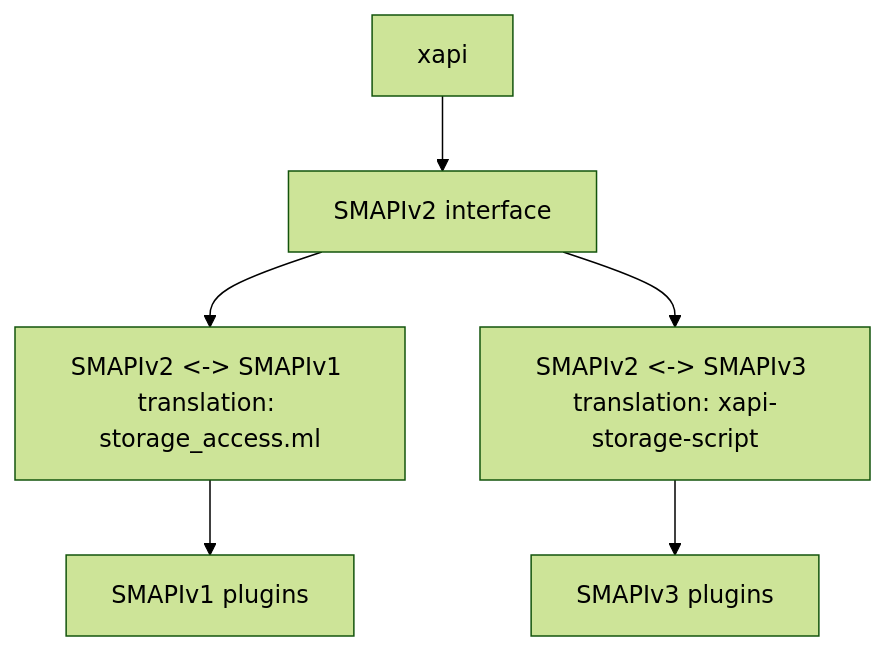
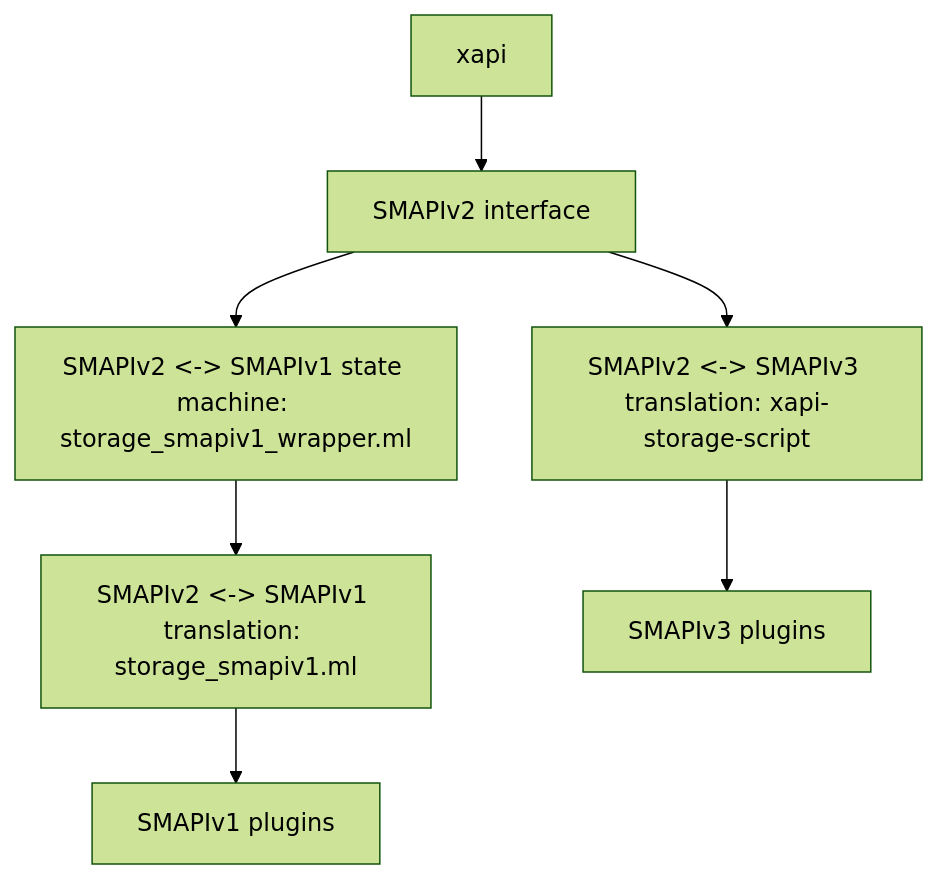
Before and after one commit to xapi-project/xen-api: the first of 5 diagrams in doc/content/xapi/storage/_index.md, drawn with Mermaid (forest theme). The commit also changed other lines of this file, not shown here.

First line of the commit message:
doc: xapi storage layer update to latest code

````diff
--- a/doc/content/xapi/storage/_index.md
+++ b/doc/content/xapi/storage/_index.md
@@ -23,8 +23,9 @@
 ```mermaid
 graph TD
 A[xapi] --> B[SMAPIv2 interface]
-B --> C[SMAPIv2 <-> SMAPIv1 translation: storage_access.ml]
+B --> C[SMAPIv2 <-> SMAPIv1 state machine: storage_smapiv1_wrapper.ml]
+C --> G[SMAPIv2 <-> SMAPIv1 translation: storage_smapiv1.ml]
 B --> D[SMAPIv2 <-> SMAPIv3 translation: xapi-storage-script]
-C --> E[SMAPIv1 plugins]
+G --> E[SMAPIv1 plugins]
 D --> F[SMAPIv3 plugins]
 ```
````
